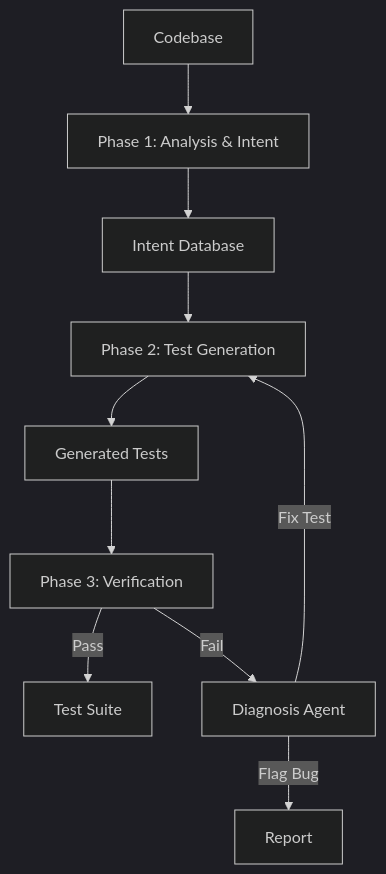
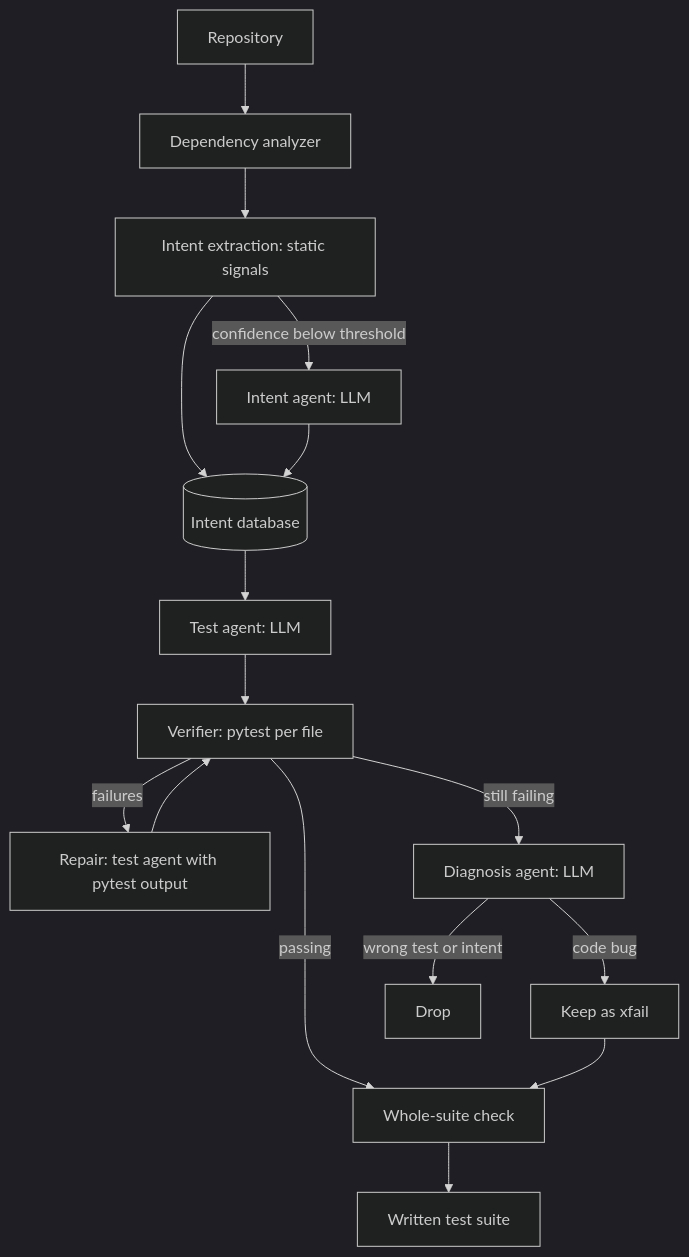
One commit to Cirkitly/code2test changed the diagram in docs/architecture.md. Above: the diagram before and after it, drawn with Mermaid (dark theme). The commit also changed other lines of this file and 2 other files, not shown here.

First line of the commit message:
docs: rewrite quickstart and architecture to match the current tool; README corrections

````diff
--- a/docs/architecture.md
+++ b/docs/architecture.md
@@ -7,12 +7,18 @@
 ```mermaid
 graph TD
-    A[Codebase] --> B[Phase 1: Analysis & Intent];
-    B --> C[Intent Database];
-    C --> D[Phase 2: Test Generation];
-    D --> E[Generated Tests];
-    E --> F[Phase 3: Verification];
-    F -->|Pass| G[Test Suite];
-    F -->|Fail| H[Diagnosis Agent];
-    H -->|Fix Test| D;
-    H -->|Flag Bug| I[Report];
+    A[Repository] --> B[Dependency analyzer]
+    B --> C[Intent extraction: static signals]
+    C -->|confidence below threshold| D[Intent agent: LLM]
+    C --> E[(Intent database)]
+    D --> E
+    E --> F[Test agent: LLM]
+    F --> G[Verifier: pytest per file]
+    G -->|failures| H[Repair: test agent with pytest output]
+    H --> G
+    G -->|still failing| I[Diagnosis agent: LLM]
+    I -->|code bug| J[Keep as xfail]
+    I -->|wrong test or intent| K[Drop]
+    G -->|passing| L[Whole-suite check]
+    J --> L
+    L --> M[Written test suite]
 ```
````
